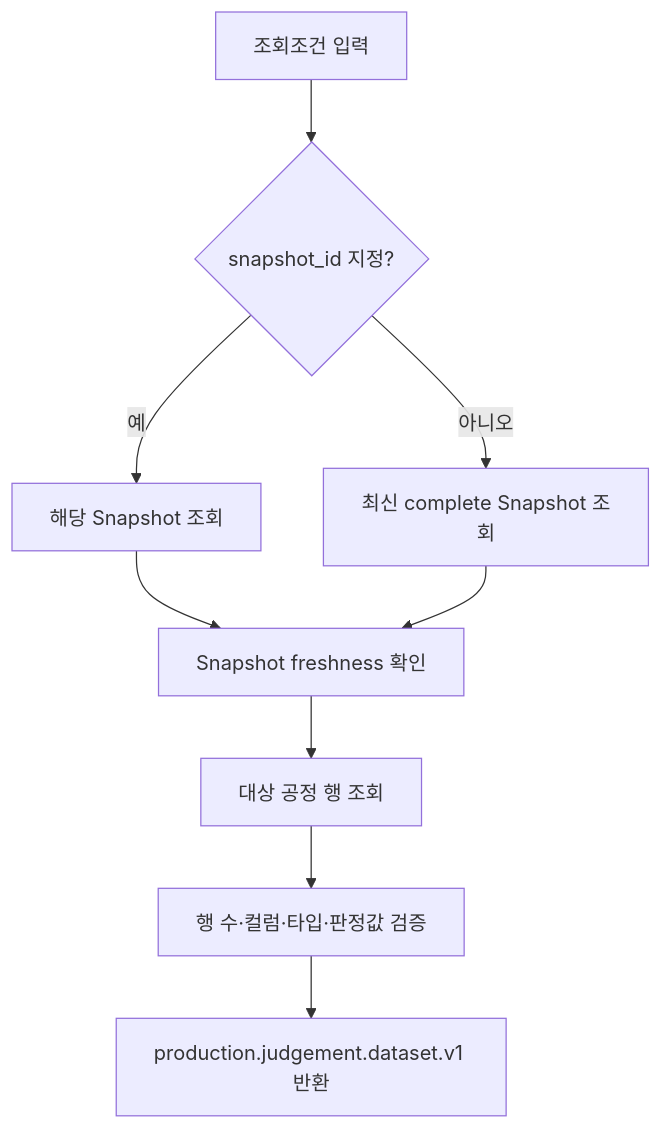
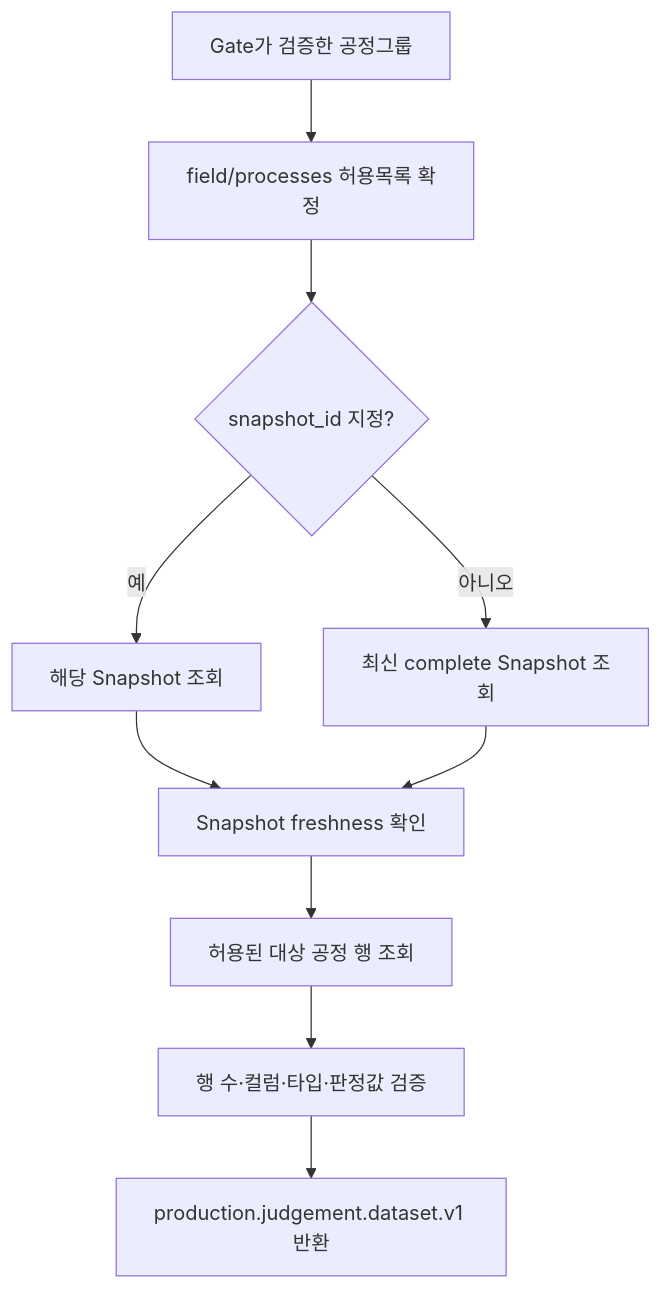
Before and after one commit to bongG-moon/metadata_driven_v5: the second of 3 diagrams in docs/REALTIME_PRODUCTION_REPORT_PRODUCTION_IMPLEMENTATION_GUIDE.md, drawn with Mermaid. The commit also changed other lines of this file and 34 other files, not shown here.

````diff
--- a/docs/REALTIME_PRODUCTION_REPORT_PRODUCTION_IMPLEMENTATION_GUIDE.md
+++ b/docs/REALTIME_PRODUCTION_REPORT_PRODUCTION_IMPLEMENTATION_GUIDE.md
@@ -329,11 +427,12 @@
 ```mermaid
 flowchart TD
-    A["조회조건 입력"] --> B{"snapshot_id 지정?"}
-    B -- "예" --> C["해당 Snapshot 조회"]
-    B -- "아니오" --> D["최신 complete Snapshot 조회"]
-    C --> E["Snapshot freshness 확인"]
-    D --> E
-    E --> F["대상 공정 행 조회"]
-    F --> G["행 수·컬럼·타입·판정값 검증"]
-    G --> H["production.judgement.dataset.v1 반환"]
+    A["Gate가 검증한 공정그룹"] --> B["field/processes 허용목록 확정"]
+    B --> C{"snapshot_id 지정?"}
+    C -- "예" --> D["해당 Snapshot 조회"]
+    C -- "아니오" --> E["최신 complete Snapshot 조회"]
+    D --> F["Snapshot freshness 확인"]
+    E --> F
+    F --> G["허용된 대상 공정 행 조회"]
+    G --> H["행 수·컬럼·타입·판정값 검증"]
+    H --> I["production.judgement.dataset.v1 반환"]
 ```
````
